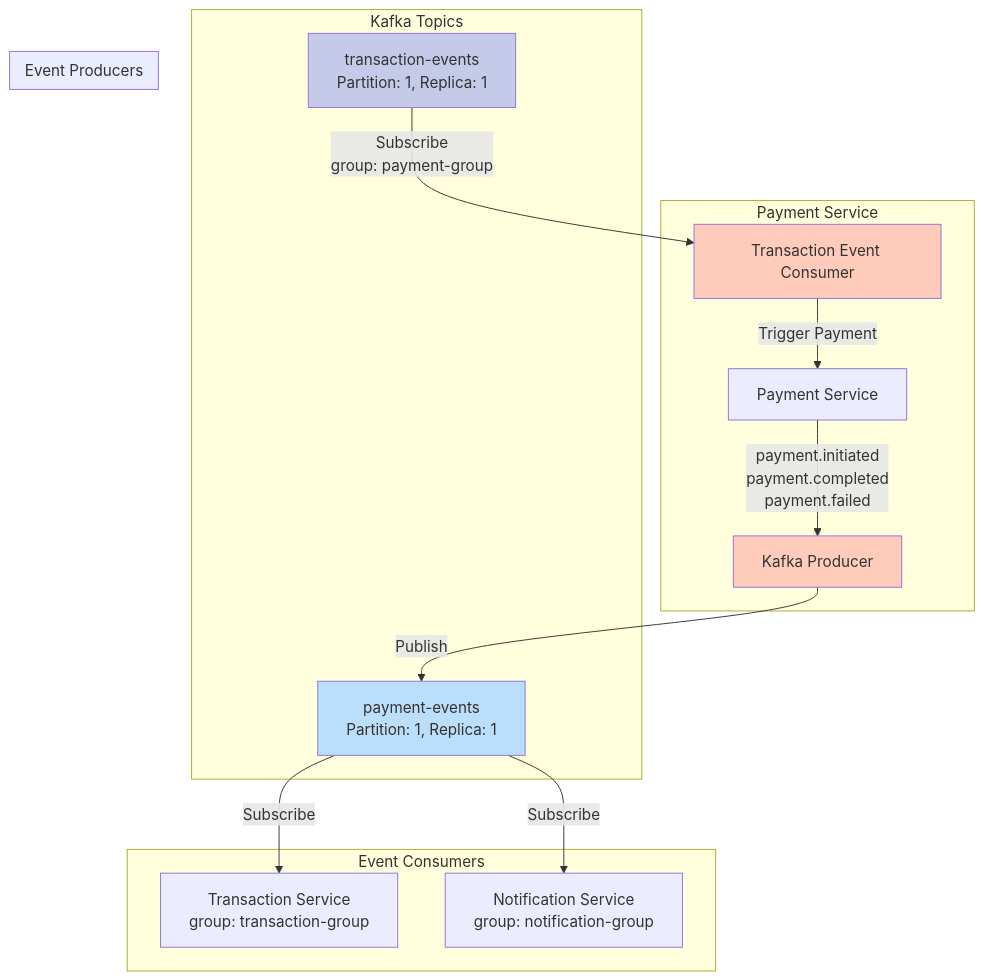
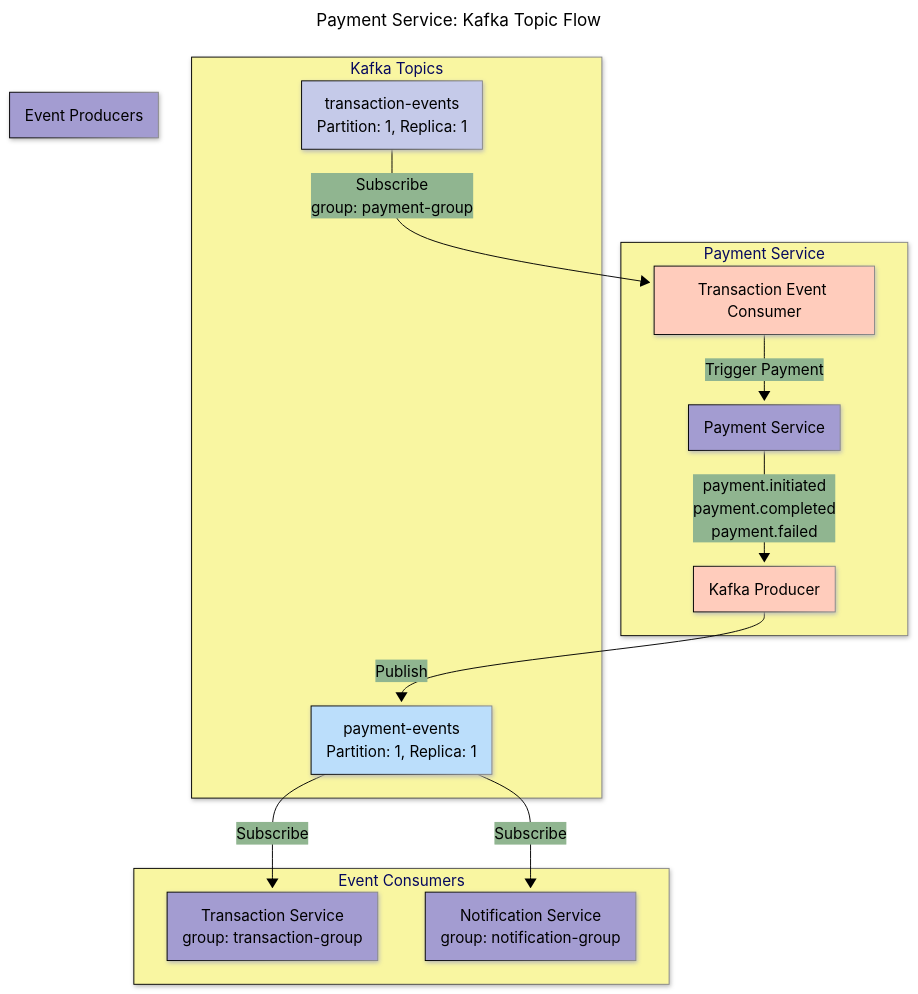
One commit to BrunoGil-AS/Vending-Machine-Microservices changed the sixth of 10 diagrams in Documentation/diagrams/payment-service.md. Above: the diagram before and after it, drawn with Mermaid. The commit also changed other lines of this file and 7 other files, not shown here.

Commit message:
docs: Update service diagrams with new configurations and titles

````diff
--- a/Documentation/diagrams/payment-service.md
+++ b/Documentation/diagrams/payment-service.md
@@ -266,35 +336,49 @@
 ```mermaid
+---
+config:
+  theme: base
+  themeVariables:
+    primaryColor: '#a39cd1ff'
+    primaryTextColor: '#000000'
+    secondaryTextColor: '#ffffffff'
+    primaryBorderColor: '#000000'
+    lineColor: '#000000ff'
+    secondaryColor: '#90b590ff'
+    tertiaryColor: '#f9f6a1ff'
+  look: neo
+title: 'Payment Service: Kafka Topic Flow'
+---
 graph TB
     subgraph "Payment Service"
         PAYMENT_SERVICE[Payment Service]
         KAFKA_PRODUCER[Kafka Producer]
         KAFKA_CONSUMER[Transaction Event Consumer]
     end
 
     subgraph "Kafka Topics"
         PAY_TOPIC[payment-events<br/>Partition: 1, Replica: 1]
         TRANS_TOPIC[transaction-events<br/>Partition: 1, Replica: 1]
     end
 
     subgraph "Event Producers"
         PAYMENT_SERVICE -->|payment.initiated<br/>payment.completed<br/>payment.failed| KAFKA_PRODUCER
     end
 
     subgraph "Event Consumers"
         TRANSACTION[Transaction Service<br/>group: transaction-group]
         NOTIFICATION[Notification Service<br/>group: notification-group]
         KAFKA_CONSUMER
     end
 
     KAFKA_PRODUCER -->|Publish| PAY_TOPIC
     PAY_TOPIC -->|Subscribe| TRANSACTION
     PAY_TOPIC -->|Subscribe| NOTIFICATION
 
     TRANS_TOPIC -->|Subscribe<br/>group: payment-group| KAFKA_CONSUMER
     KAFKA_CONSUMER -->|Trigger Payment| PAYMENT_SERVICE
 
     style KAFKA_PRODUCER fill:#ffccbc
     style KAFKA_CONSUMER fill:#ffccbc
     style PAY_TOPIC fill:#bbdefb
     style TRANS_TOPIC fill:#c5cae9
 ```
````
